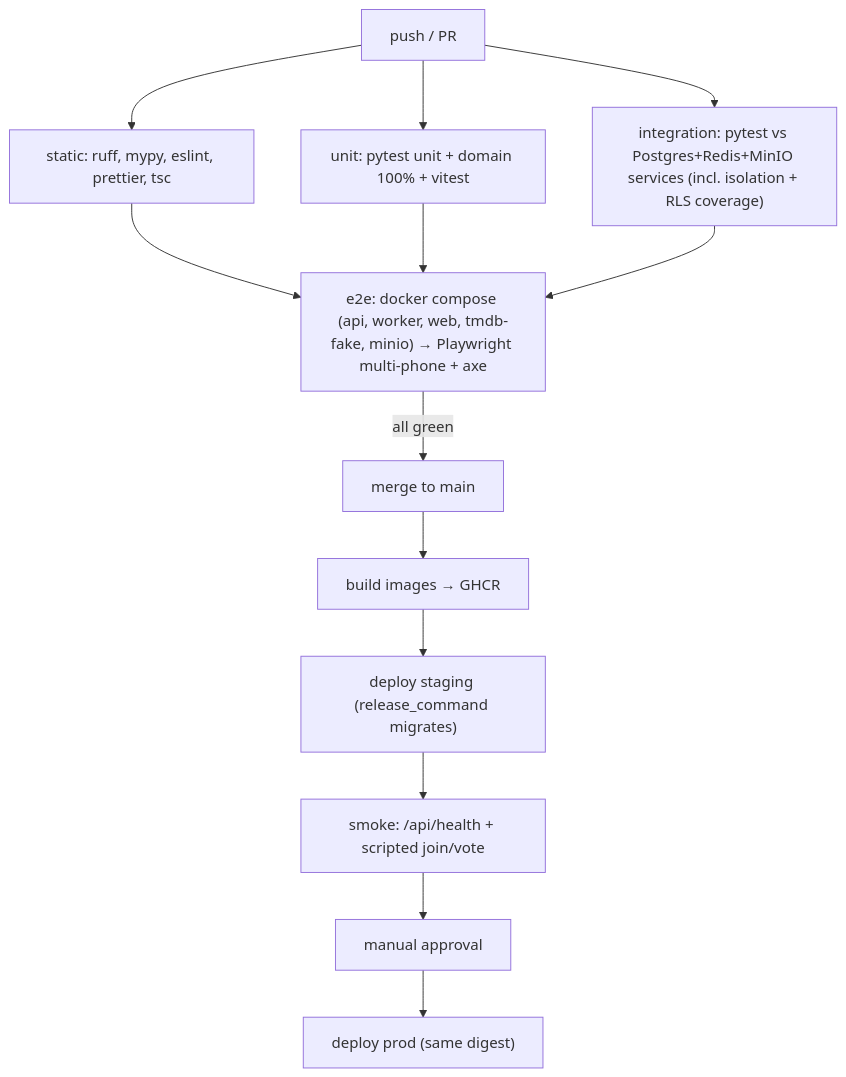
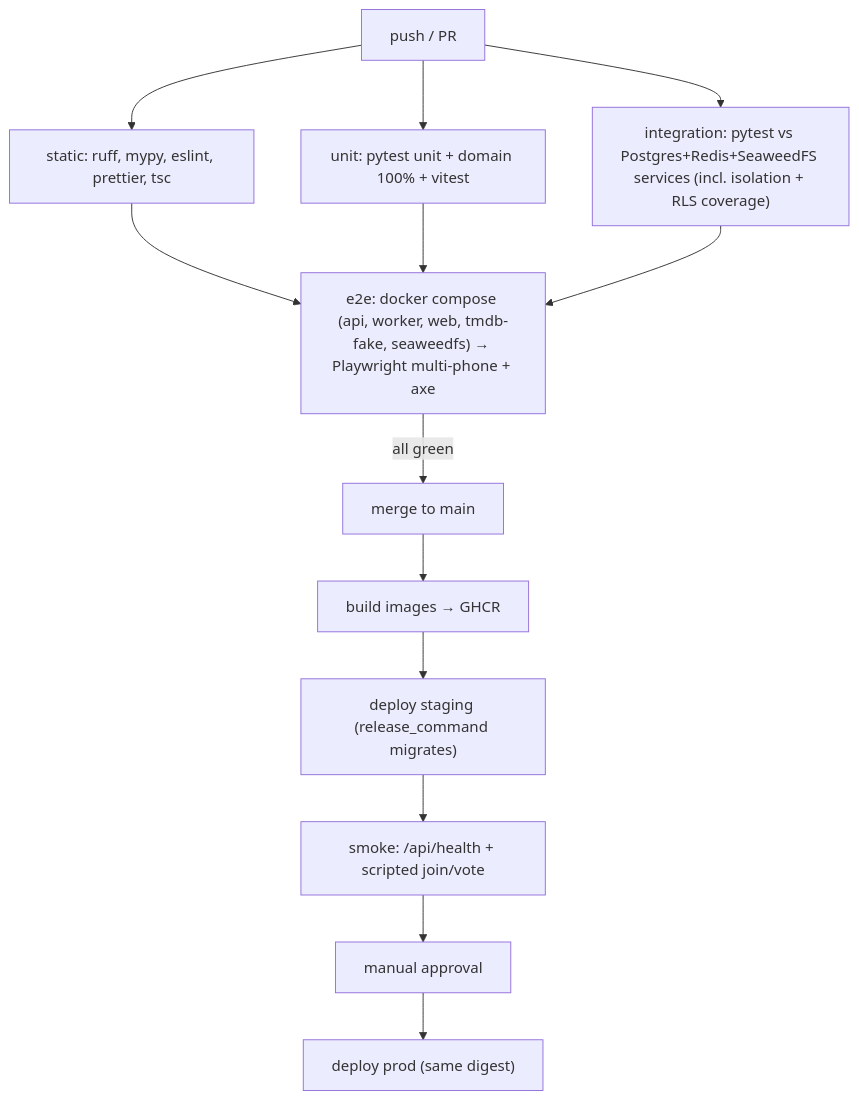
One commit to one-repo-to-rule-them-all/FamilyNightHub changed the diagram in docs/architecture/07-cicd.md. Above: the diagram before and after it, drawn with Mermaid. The commit also changed other lines of this file and 58 other files, not shown here.

First line of the commit message:
feat: replace Supabase scaffold with FastAPI skeleton and Compose stack (ADR-0001)

````diff
--- a/docs/architecture/07-cicd.md
+++ b/docs/architecture/07-cicd.md
@@ -9,9 +9,9 @@
 ```mermaid
 flowchart TB
     PR["push / PR"] --> S["static: ruff, mypy, eslint, prettier, tsc"]
     PR --> U["unit: pytest unit + domain 100% + vitest"]
-    PR --> I["integration: pytest vs Postgres+Redis+MinIO services (incl. isolation + RLS coverage)"]
-    S & U & I --> E["e2e: docker compose (api, worker, web, tmdb-fake, minio) → Playwright multi-phone + axe"]
+    PR --> I["integration: pytest vs Postgres+Redis+SeaweedFS services (incl. isolation + RLS coverage)"]
+    S & U & I --> E["e2e: docker compose (api, worker, web, tmdb-fake, seaweedfs) → Playwright multi-phone + axe"]
     E -- "all green" --> M["merge to main"]
     M --> B["build images → GHCR"] --> ST["deploy staging (release_command migrates)"] --> SM["smoke: /api/health + scripted join/vote"] --> G["manual approval"] --> P["deploy prod (same digest)"]
 ```
````
